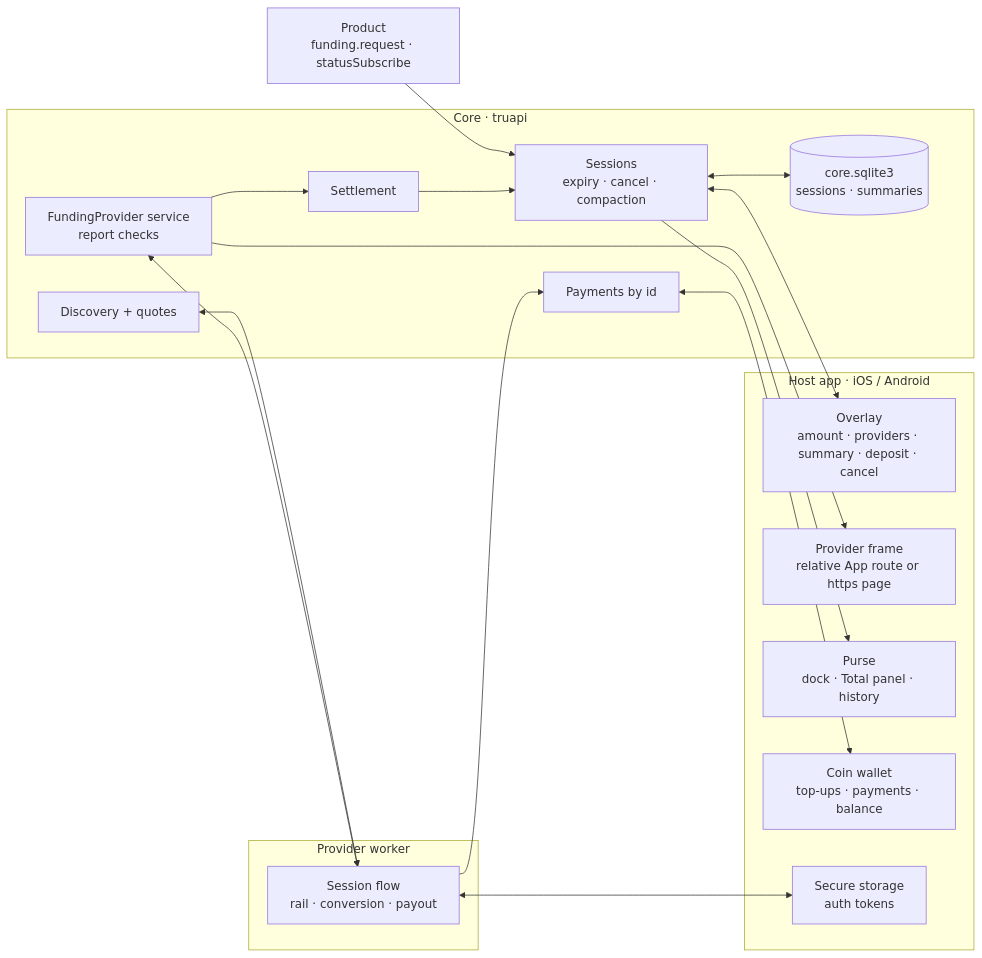
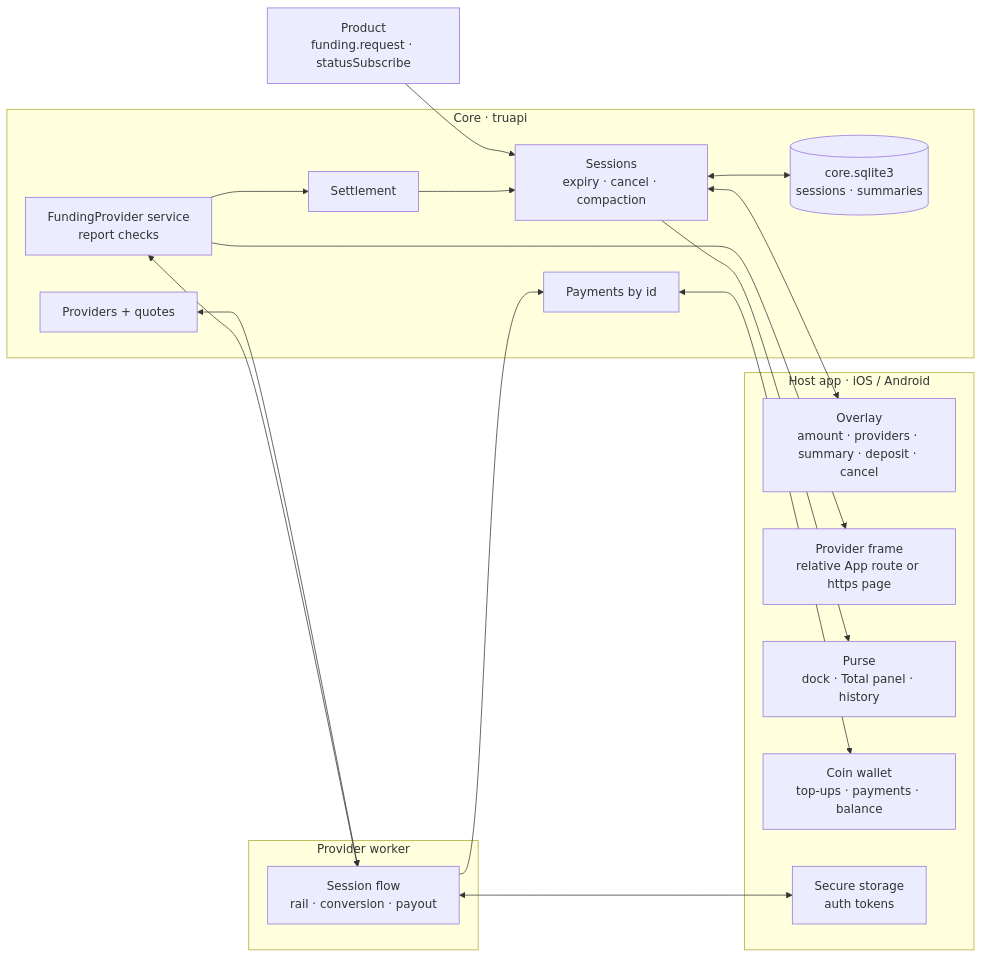
Before and after one commit to paritytech/trinity-user-agents: the first of 9 diagrams in docs/design/funding-modality.md, drawn with Mermaid. The commit also changed 1 other file, not shown here.

Commit message:
the guide says how a provider is listed

````diff
--- a/docs/design/funding-modality.md
+++ b/docs/design/funding-modality.md
@@ -15,37 +15,37 @@
 ```mermaid
 flowchart LR
   product["Product<br/>funding.request · statusSubscribe"]
 
   subgraph HOST["Host app · iOS / Android"]
     overlay["Overlay<br/>amount · providers · summary · deposit · cancel"]
     frame["Provider frame<br/>relative App route or https page"]
     purse["Purse<br/>dock · Total panel · history"]
     wallet["Coin wallet<br/>top-ups · payments · balance"]
     secure["Secure storage<br/>auth tokens"]
   end
 
   subgraph CORE["Core · truapi"]
     sessions["Sessions<br/>expiry · cancel · compaction"]
     db[("core.sqlite3<br/>sessions · summaries")]
-    quotes["Discovery + quotes"]
+    quotes["Providers + quotes"]
     provider["FundingProvider service<br/>report checks"]
     settle["Settlement"]
     payments["Payments by id"]
   end
 
   subgraph WORKER["Provider worker"]
     flow["Session flow<br/>rail · conversion · payout"]
   end
 
   product --> sessions
   sessions <--> db
   sessions <--> overlay
   sessions --> purse
   quotes <--> flow
   provider <--> flow
   provider --> frame
   flow --> payments
   payments <--> wallet
   provider --> settle --> sessions
   flow <--> secure
 ```
````
